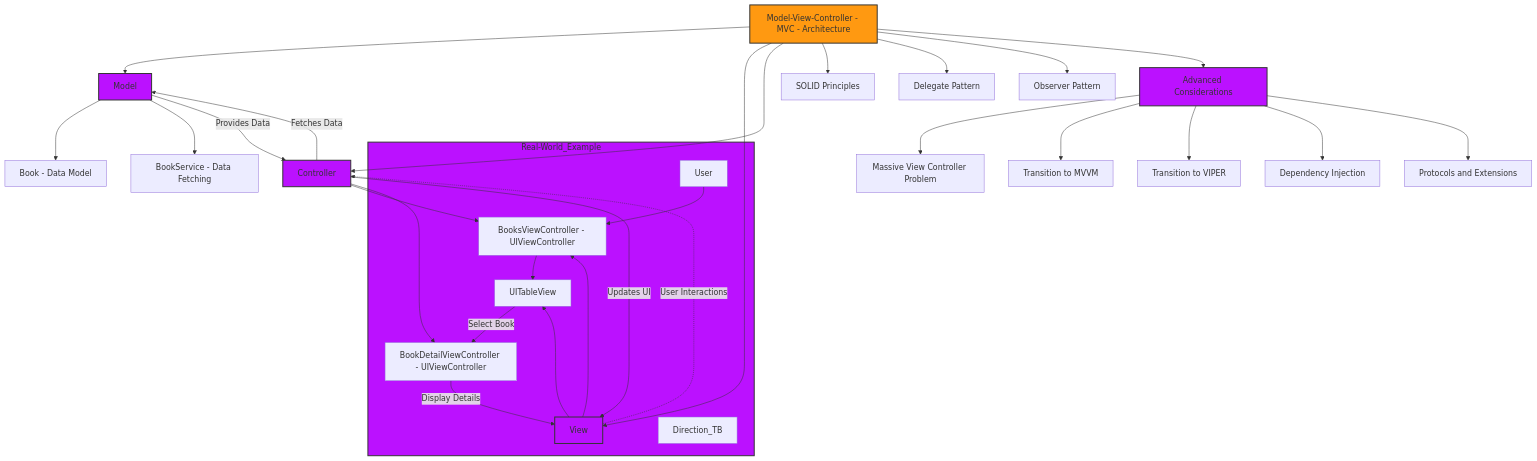
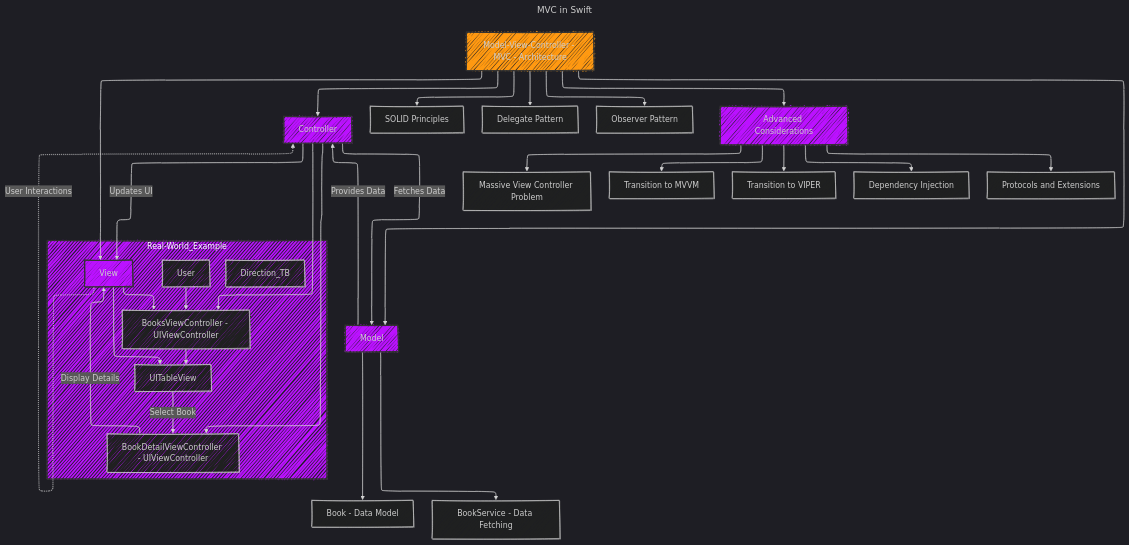
The diagram in Design_Patterns/MVC.md (CongLeSolutionX/iOS-development-vault), drawn with Mermaid before and after one commit. The commit also changed 6 other files, not shown here.

````diff
--- a/Design_Patterns/MVC.md
+++ b/Design_Patterns/MVC.md
@@ -20,56 +20,63 @@
 ```mermaid
+---
+title: MVC in Swift
+config:
+  layout: elk
+  look: handDrawn
+  theme: dark
+---
 graph TD
 
     %% MVC Architecture Core Components
     MVC[Model-View-Controller - MVC - Architecture] --> Model[Model]
     MVC --> View[View]
     MVC --> Controller[Controller]
 
     %% Model Layer Components
     Model --> Book[Book - Data Model]
     Model --> BookService[BookService - Data Fetching]
 
     %% View Layer Components
     View --> BooksViewController[BooksViewController - UIViewController]
     View --> TableView[UITableView]
 
     %% Controller Layer Components
     Controller --> BooksViewController
     Controller --> BookDetailViewController[BookDetailViewController - UIViewController]
 
     %% Interactions Between Components
     View -.->|User Interactions| Controller
     Controller -->|Fetches Data| Model
     Model -->|Provides Data| Controller
     Controller -->|Updates UI| View
 
     %% Real-World Example Flow
     subgraph Real-World_Example
         Direction_TB
         User[User] --> BooksViewController
         BooksViewController --> TableView
         TableView -->|Select Book| BookDetailViewController
         BookDetailViewController -->|Display Details| View
     end
 
     %% Connections to Design Principles
     MVC --> SOLID[SOLID Principles]
     MVC --> DelegatePattern[Delegate Pattern]
     MVC --> ObserverPattern[Observer Pattern]
 
     %% Advanced Considerations
     MVC --> Advanced[Advanced Considerations]
     Advanced --> MassiveVC[Massive View Controller Problem]
     Advanced --> MVVM[Transition to MVVM]
     Advanced --> VIPER[Transition to VIPER]
     Advanced --> DI[Dependency Injection]
     Advanced --> Protocols[Protocols and Extensions]
 
     %% Styling
     classDef core fill:#f91f,stroke:#333,stroke-width:2px;
     classDef layer fill:#b1f,stroke:#333,stroke-width:2px;
     class Model,View,Controller layer;
     class MVC core;
     class Advanced,Connections,Real-World_Example layer;
 
 ```
````
